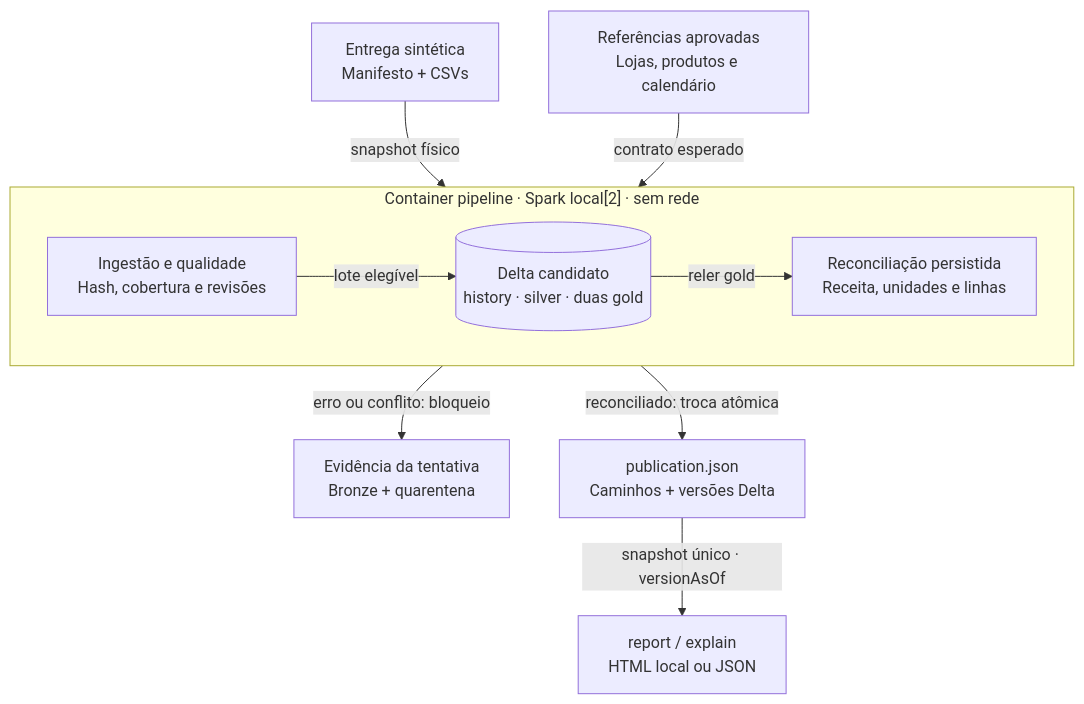
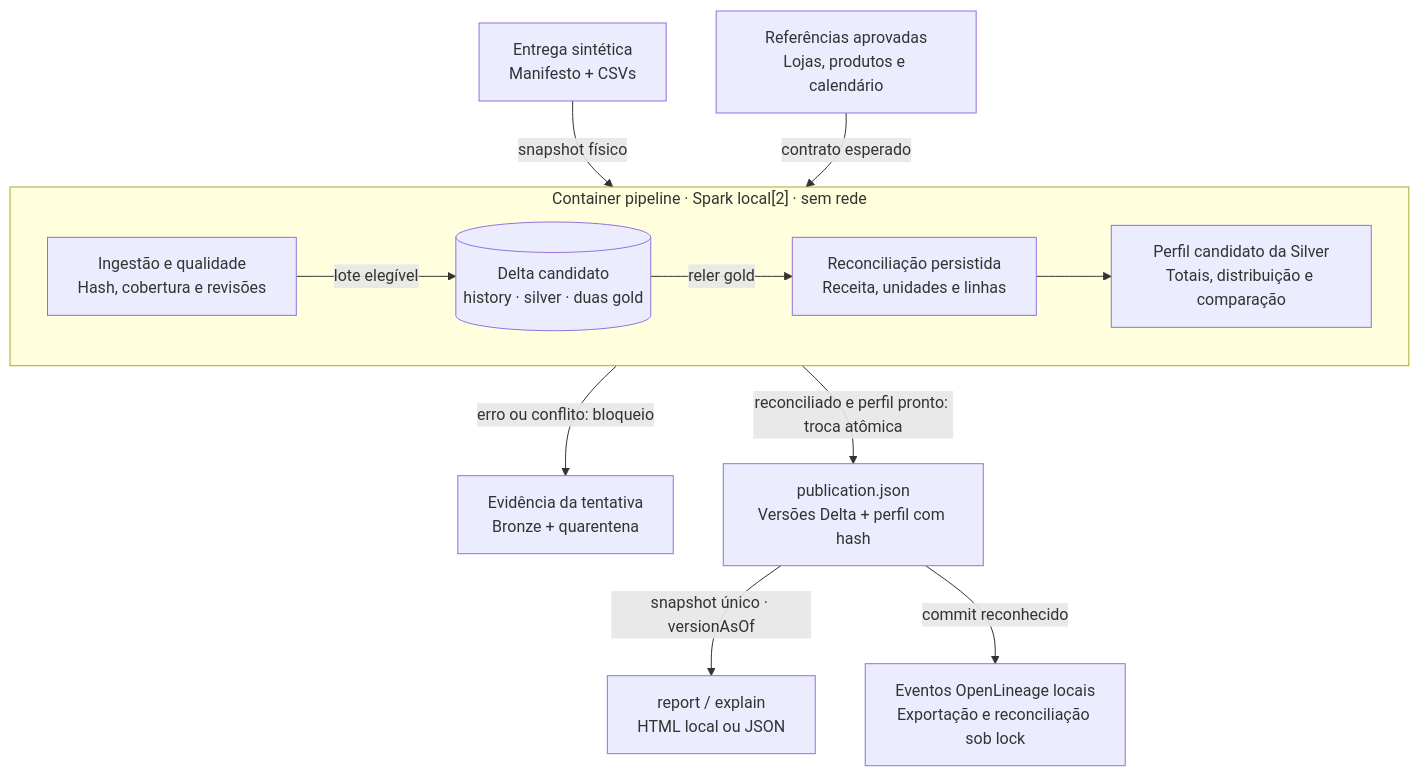
Before and after one commit to arthurjoanes/varejo-data-pipeline: the diagram in README.md, drawn with Mermaid. The commit also changed other lines of this file and 104 other files, not shown here.

Commit message:
Documenta perfis e eventos do OpenLineage

````diff
--- a/README.md
+++ b/README.md
@@ -49,20 +51,23 @@
 ```mermaid
 flowchart TB
     Input["Entrega sintética<br/>Manifesto + CSVs"]
     Ref["Referências aprovadas<br/>Lojas, produtos e calendário"]
 
     subgraph Batch["Container pipeline · Spark local[2] · sem rede"]
         direction LR
         Ingest["Ingestão e qualidade<br/>Hash, cobertura e revisões"]
         Tables[("Delta candidato<br/>history · silver · duas gold")]
         Gate["Reconciliação persistida<br/>Receita, unidades e linhas"]
+        Profile["Perfil candidato da Silver<br/>Totais, distribuição e comparação"]
         Ingest -->|"lote elegível"| Tables
         Tables -->|"reler gold"| Gate
+        Gate --> Profile
     end
 
     Input -->|"snapshot físico"| Batch
     Ref -->|"contrato esperado"| Batch
     Batch -->|"erro ou conflito: bloqueio"| Audit["Evidência da tentativa<br/>Bronze + quarentena"]
-    Batch -->|"reconciliado: troca atômica"| Pointer["publication.json<br/>Caminhos + versões Delta"]
+    Batch -->|"reconciliado e perfil pronto: troca atômica"| Pointer["publication.json<br/>Versões Delta + perfil com hash"]
     Pointer -->|"snapshot único · versionAsOf"| Reader["report / explain<br/>HTML local ou JSON"]
+    Pointer -->|"commit reconhecido"| Lineage["Eventos OpenLineage locais<br/>Exportação e reconciliação sob lock"]
 ```
````
